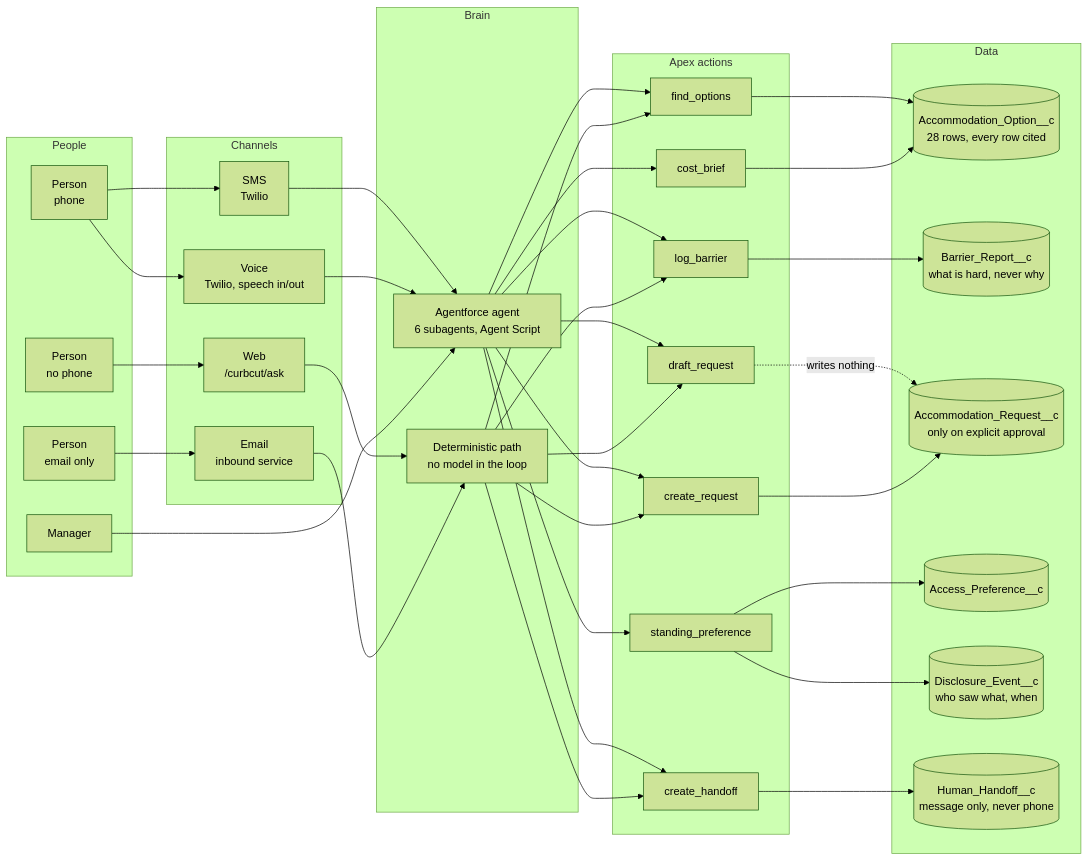
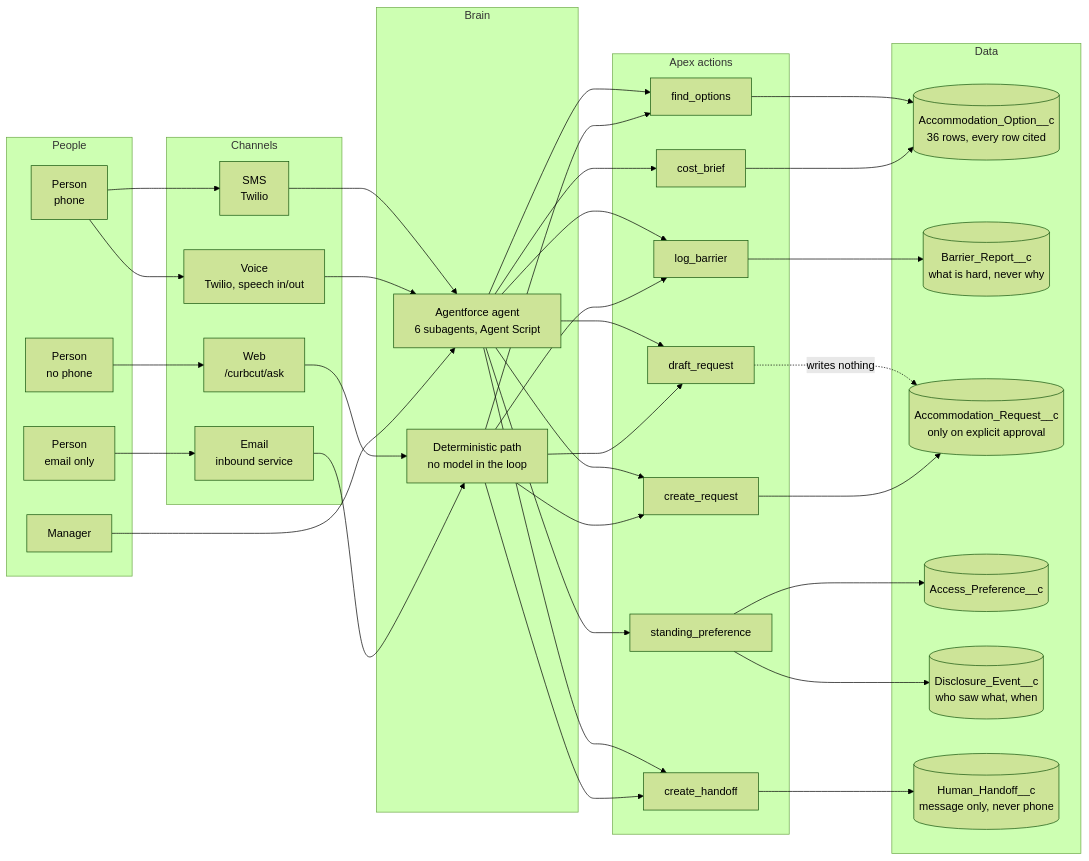
Before and after one commit to parthsevak2/curb-cut: the first of 3 diagrams in docs/ARCHITECTURE.md, drawn with Mermaid (forest theme). The commit also changed 5 other files, not shown here.

````diff
--- a/docs/ARCHITECTURE.md
+++ b/docs/ARCHITECTURE.md
@@ -5,57 +5,57 @@
 ```mermaid
 flowchart LR
   subgraph People
     P1["Person<br/>phone"]
     P2["Person<br/>no phone"]
     P3["Person<br/>email only"]
     M["Manager"]
   end
 
   subgraph Channels
     SMS["SMS<br/>Twilio"]
     VOICE["Voice<br/>Twilio, speech in/out"]
     WEB["Web<br/>/curbcut/ask"]
     EMAIL["Email<br/>inbound service"]
   end
 
   subgraph Brain
     AGENT["Agentforce agent<br/>6 subagents, Agent Script"]
     DET["Deterministic path<br/>no model in the loop"]
   end
 
   subgraph Actions["Apex actions"]
     A1["find_options"]
     A2["log_barrier"]
     A3["draft_request"]
     A4["create_request"]
     A5["create_handoff"]
     A6["standing_preference"]
     A7["cost_brief"]
   end
 
   subgraph Data
-    LIB[("Accommodation_Option__c<br/>28 rows, every row cited")]
+    LIB[("Accommodation_Option__c<br/>36 rows, every row cited")]
     BR[("Barrier_Report__c<br/>what is hard, never why")]
     AR[("Accommodation_Request__c<br/>only on explicit approval")]
     PREF[("Access_Preference__c")]
     DISC[("Disclosure_Event__c<br/>who saw what, when")]
     HH[("Human_Handoff__c<br/>message only, never phone")]
   end
 
   P1 --> SMS --> AGENT
   P1 --> VOICE --> AGENT
   P2 --> WEB --> DET
   P3 --> EMAIL --> DET
   M --> AGENT
 
   AGENT --> A1 & A2 & A3 & A4 & A5 & A6 & A7
   DET --> A1 & A2 & A3 & A4 & A5
 
   A1 --> LIB
   A2 --> BR
   A3 -.->|writes nothing| AR
   A4 --> AR
   A5 --> HH
   A6 --> PREF & DISC
   A7 --> LIB
 ```
````
